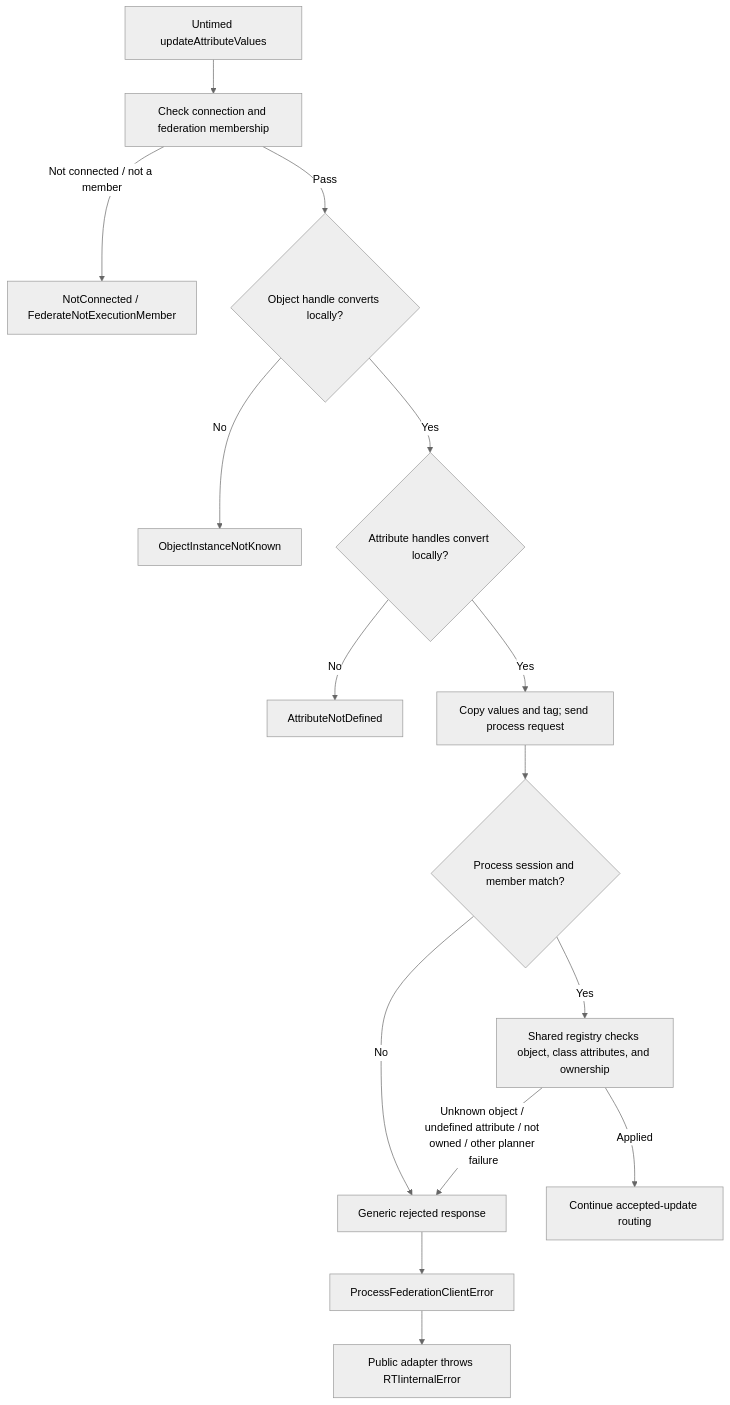
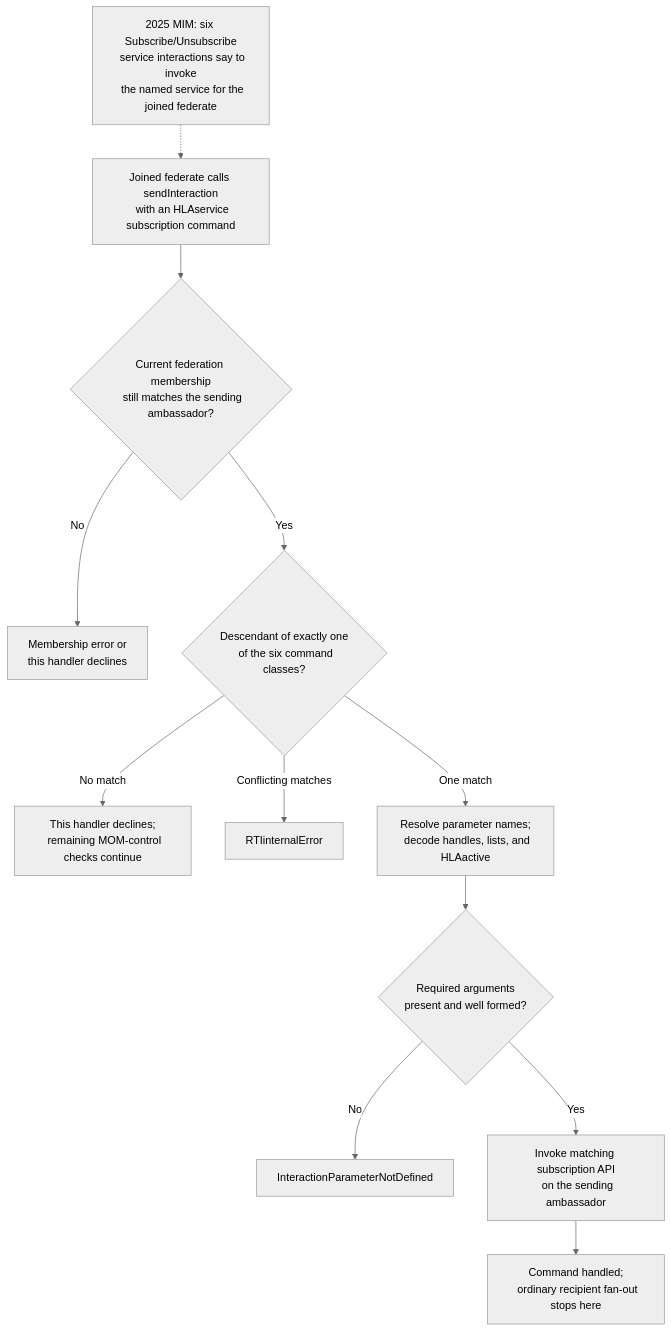
One commit to sheepfling/umbra changed diagram 12 of 32 in docs/design/HLA-2025-OBJECT-AND-INTERACTION-INFORMATION-FLOW-GUIDE.md. Above: the diagram before and after it, drawn with Mermaid (neutral theme). The commit also changed other lines of this file and 39 other files, not shown here.

Commit message:
Document IEEE 1516.1-2025 behavior flows

````diff
--- a/docs/design/HLA-2025-OBJECT-AND-INTERACTION-INFORMATION-FLOW-GUIDE.md
+++ b/docs/design/HLA-2025-OBJECT-AND-INTERACTION-INFORMATION-FLOW-GUIDE.md
@@ -837,17 +1198,28 @@
 ```mermaid
 flowchart TD
-  CALL["Untimed updateAttributeValues"] --> PRE["Check connection and federation membership"]
-  PRE -->|"Not connected / not a member"| PREERR["NotConnected / FederateNotExecutionMember"]
-  PRE -->|"Pass"| OBJECT{"Object handle converts locally?"}
-  OBJECT -->|"No"| OIN["ObjectInstanceNotKnown"]
-  OBJECT -->|"Yes"| ATTR{"Attribute handles convert locally?"}
-  ATTR -->|"No"| AND["AttributeNotDefined"]
-  ATTR -->|"Yes"| SEND["Copy values and tag; send process request"]
-  SEND --> SESSION{"Process session and member match?"}
-  SESSION -->|"No"| REJECT["Generic rejected response"]
-  SESSION -->|"Yes"| PLAN["Shared registry checks object, class attributes, and ownership"]
-  PLAN -->|"Applied"| CONTINUE["Continue accepted-update routing"]
-  PLAN -->|"Unknown object / undefined attribute / not owned / other planner failure"| REJECT
-  REJECT --> CLIENT["ProcessFederationClientError"]
-  CLIENT --> PUBLIC["Public adapter throws RTIinternalError"]
+  accTitle: 2025 embedded MOM subscription command route
+  accDescr: In the current embedded source, Send Interaction recognizes six MOM subscription-control class families, validates the sender, decodes arguments, and invokes a subscription API on that sender. Unmatched classes continue to other MOM controls. This chart does not establish configured-process behavior.
+
+  MIM["2025 MIM: six Subscribe/Unsubscribe
+  service interactions say to invoke
+  the named service for the joined federate"] -.-> APP
+  APP["Joined federate calls sendInteraction
+  with an HLAservice subscription command"] --> MEMBER{"Current federation membership
+  still matches the sending ambassador?"}
+  MEMBER -->|"No"| REJECT["Membership error or
+  this handler declines"]
+  MEMBER -->|"Yes"| CLASS{"Descendant of exactly one
+  of the six command classes?"}
+  CLASS -->|"No match"| NEXT["This handler declines;
+  remaining MOM-control checks continue"]
+  CLASS -->|"Conflicting matches"| INTERNAL["RTIinternalError"]
+  CLASS -->|"One match"| DECODE["Resolve parameter names;
+  decode handles, lists, and HLAactive"]
+  DECODE --> ARGS{"Required arguments
+  present and well formed?"}
+  ARGS -->|"No"| PARAM["InteractionParameterNotDefined"]
+  ARGS -->|"Yes"| API["Invoke matching subscription API
+  on the sending ambassador"]
+  API --> HANDLED["Command handled;
+  ordinary recipient fan-out stops here"]
 ```
````
